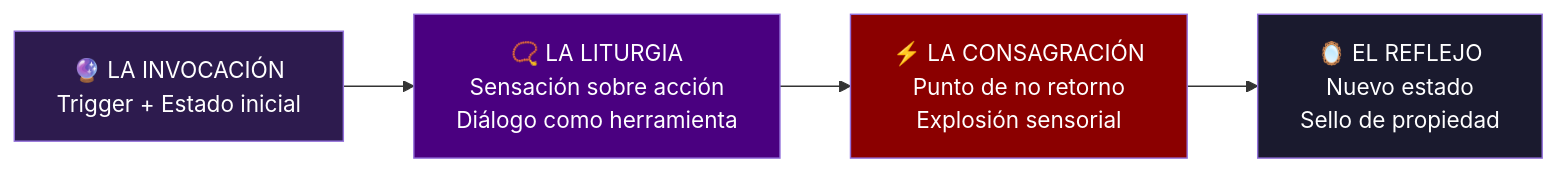
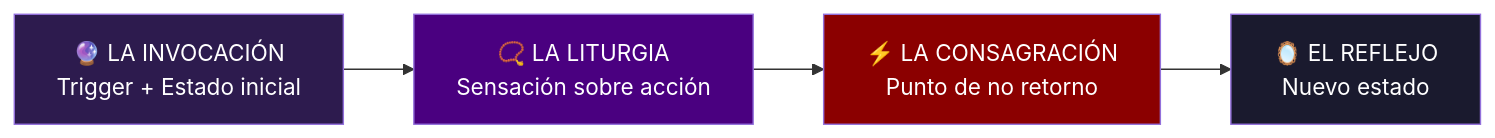
One commit to farid77cl/LaVouteDAnais changed the second of 2 diagrams in 01_Canon/flujo_ritual_creacion.md. Above: the diagram before and after it, drawn with Mermaid. The commit also changed other lines of this file, not shown here.

````diff
--- a/01_Canon/flujo_ritual_creacion.md
+++ b/01_Canon/flujo_ritual_creacion.md
@@ -146,11 +137,11 @@
 ```mermaid
 flowchart LR
-    A["🔮 LA INVOCACIÓN<br/>Trigger + Estado inicial"] --> B["📿 LA LITURGIA<br/>Sensación sobre acción<br/>Diálogo como herramienta"]
-    B --> C["⚡ LA CONSAGRACIÓN<br/>Punto de no retorno<br/>Explosión sensorial"]
-    C --> D["🪞 EL REFLEJO<br/>Nuevo estado<br/>Sello de propiedad"]
+    A["🔮 LA INVOCACIÓN<br/>Trigger + Estado inicial"] --> B["📿 LA LITURGIA<br/>Sensación sobre acción"]
+    B --> C["⚡ LA CONSAGRACIÓN<br/>Punto de no retorno"]
+    C --> D["🪞 EL REFLEJO<br/>Nuevo estado"]
 
     style A fill:#2d1b4e,color:#fff
     style B fill:#4a0080,color:#fff
     style C fill:#8b0000,color:#fff
     style D fill:#1a1a2e,color:#fff
 ```
````
